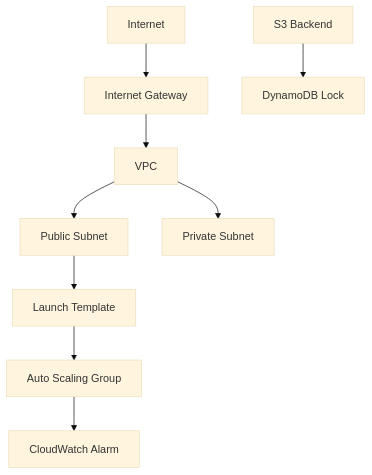
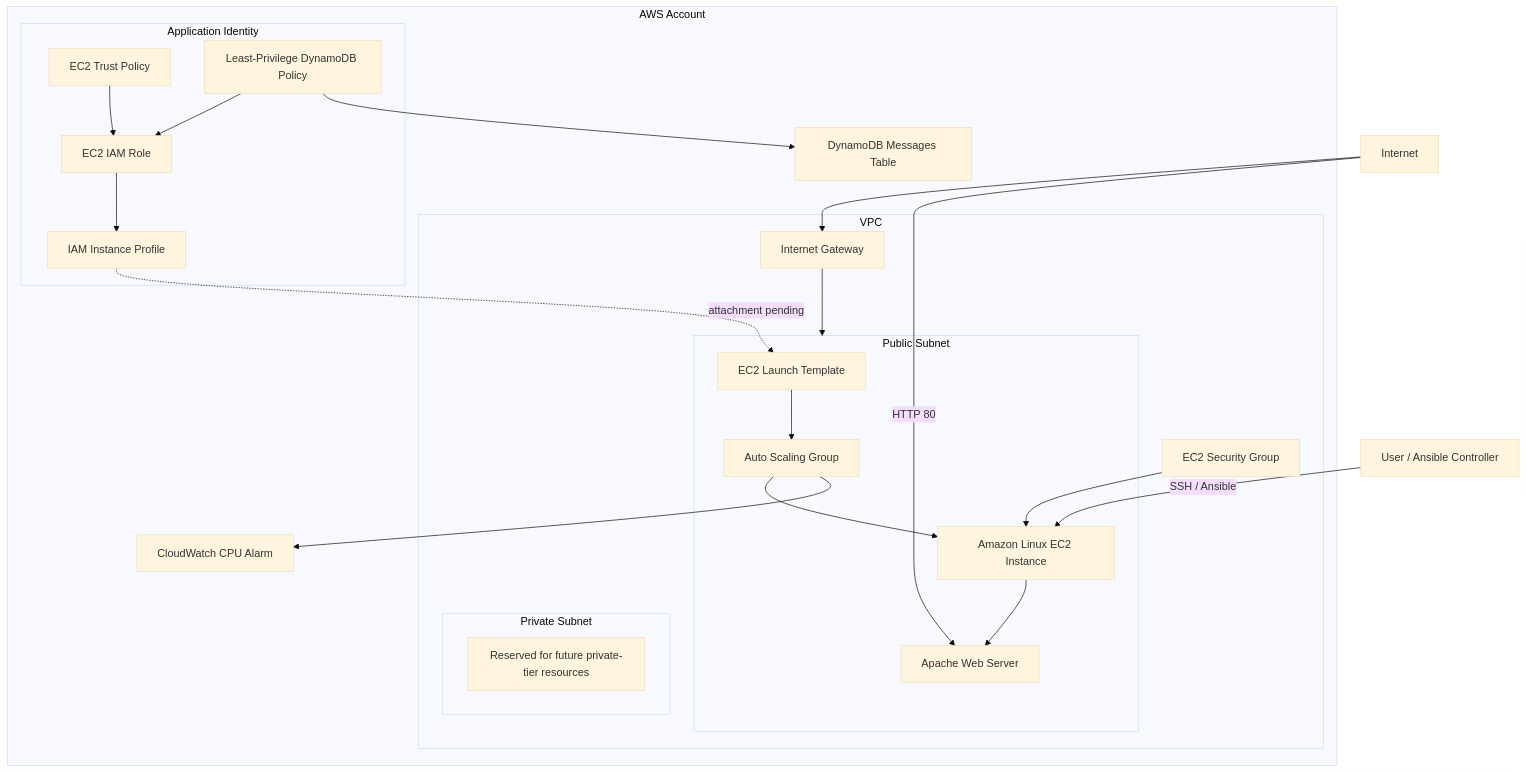
The first of 4 diagrams in README.md (TexMachinna/TerraformPortfolio-AWS), drawn with Mermaid (base theme) before and after one commit. The commit also changed other lines of this file and 3 other files, not shown here.

````diff
--- a/README.md
+++ b/README.md
@@ -15,25 +28,51 @@
 ```mermaid
 graph TD
+    User[User / Ansible Controller]
+    Internet[Internet]
 
-A[Internet]
+    subgraph AWS[AWS Account]
+        subgraph VPC[VPC]
+            IGW[Internet Gateway]
 
-A --> B[Internet Gateway]
+            subgraph Public[Public Subnet]
+                LT[EC2 Launch Template]
+                ASG[Auto Scaling Group]
+                EC2[Amazon Linux EC2 Instance]
+                Apache[Apache Web Server]
+            end
 
-B --> C[VPC]
+            subgraph Private[Private Subnet]
+                Reserved[Reserved for future private-tier resources]
+            end
 
-C --> D[Public Subnet]
+            SG[EC2 Security Group]
+        end
 
-C --> E[Private Subnet]
+        CW[CloudWatch CPU Alarm]
+        DDB[DynamoDB Messages Table]
 
-D --> F[Launch Template]
+        subgraph IAM[Application Identity]
+            Trust[EC2 Trust Policy]
+            Role[EC2 IAM Role]
+            Policy[Least-Privilege DynamoDB Policy]
+            Profile[IAM Instance Profile]
+        end
+    end
 
-F --> G[Auto Scaling Group]
+    Internet --> IGW
+    IGW --> Public
+    LT --> ASG
+    ASG --> EC2
+    SG --> EC2
+    EC2 --> Apache
+    ASG --> CW
 
-G --> H[CloudWatch Alarm]
+    Trust --> Role
+    Policy --> Role
+    Role --> Profile
+    Profile -. attachment pending .-> LT
+    Policy --> DDB
 
-I[S3 Backend]
-
-J[DynamoDB Lock]
-
-I --> J
+    User -->|SSH / Ansible| EC2
+    Internet -->|HTTP 80| Apache
 ```
````
